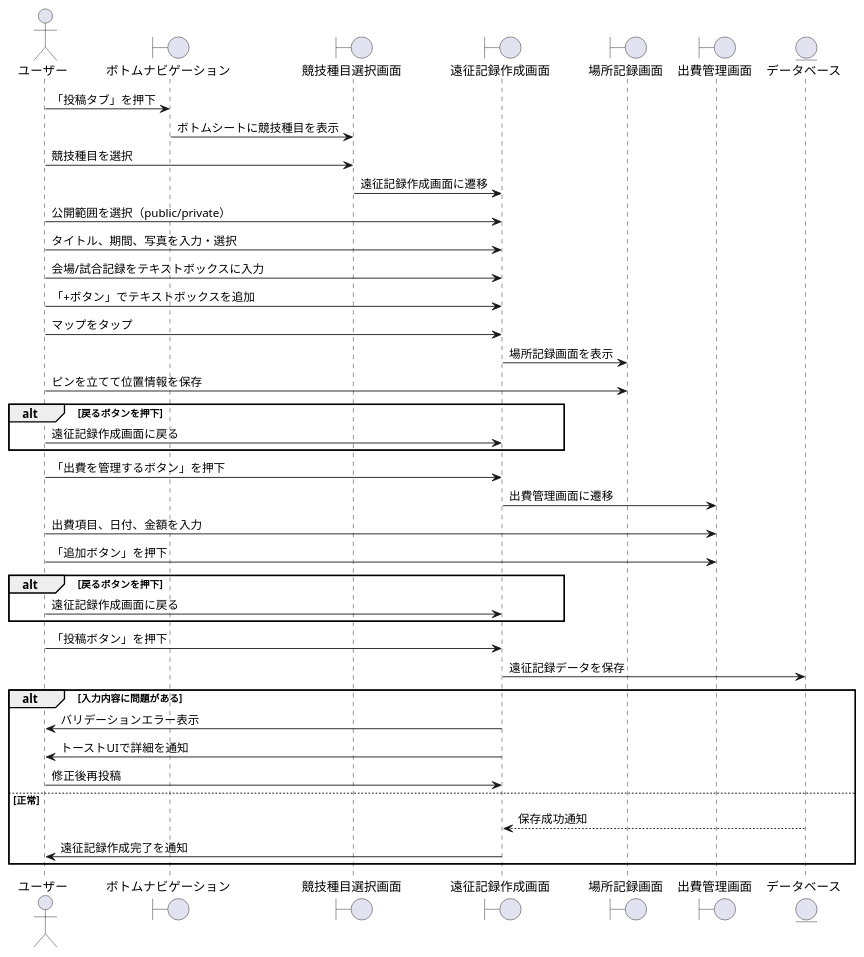
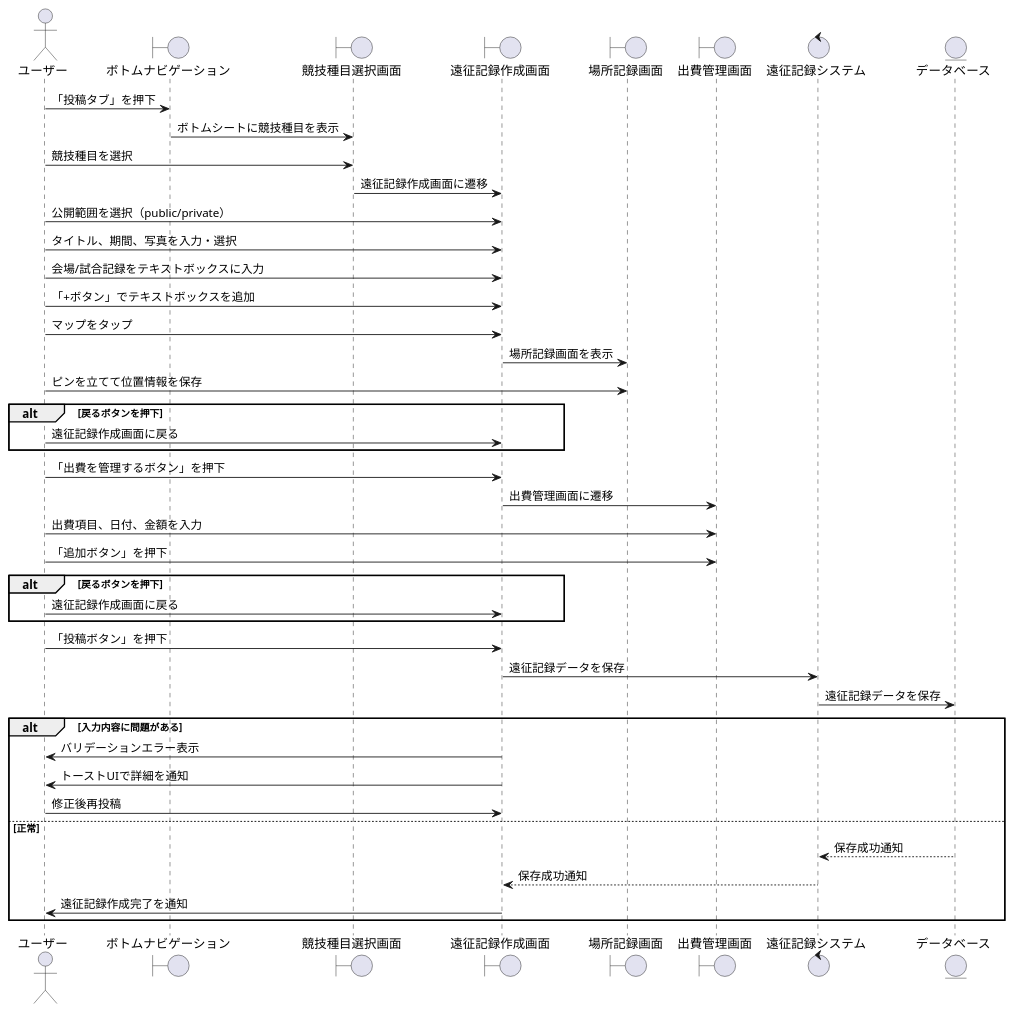
The diagram in シーケンス図/遠征記録/作成.pu (shoken3207/sotsuken), drawn with PlantUML before and after one commit. The commit also changed 7 other files, not shown here.

```diff
--- a/シーケンス図/遠征記録/作成.pu
+++ b/シーケンス図/遠征記録/作成.pu
@@ -1,46 +1,49 @@
 @startuml
 actor ユーザー as User
 boundary "ボトムナビゲーション" as BottomNav
 boundary "競技種目選択画面" as SportSelection
 boundary "遠征記録作成画面" as RecordCreation
 boundary "場所記録画面" as LocationRecord
 boundary "出費管理画面" as ExpenseManagement
+control "遠征記録システム" as System
 entity "データベース" as DB
 
 User -> BottomNav: 「投稿タブ」を押下
 BottomNav -> SportSelection: ボトムシートに競技種目を表示
 User -> SportSelection: 競技種目を選択
 SportSelection -> RecordCreation: 遠征記録作成画面に遷移
 
 User -> RecordCreation: 公開範囲を選択（public/private）
 User -> RecordCreation: タイトル、期間、写真を入力・選択
 User -> RecordCreation: 会場/試合記録をテキストボックスに入力
 User -> RecordCreation: 「+ボタン」でテキストボックスを追加
 
 User -> RecordCreation: マップをタップ
 RecordCreation -> LocationRecord: 場所記録画面を表示
 User -> LocationRecord: ピンを立てて位置情報を保存
 alt 戻るボタンを押下
     User -> RecordCreation: 遠征記録作成画面に戻る
 end
 
 User -> RecordCreation: 「出費を管理するボタン」を押下
 RecordCreation -> ExpenseManagement: 出費管理画面に遷移
 User -> ExpenseManagement: 出費項目、日付、金額を入力
 User -> ExpenseManagement: 「追加ボタン」を押下
 alt 戻るボタンを押下
     User -> RecordCreation: 遠征記録作成画面に戻る
 end
 
 User -> RecordCreation: 「投稿ボタン」を押下
-RecordCreation -> DB: 遠征記録データを保存
+RecordCreation -> System: 遠征記録データを保存
+System -> DB: 遠征記録データを保存
 alt 入力内容に問題がある
     RecordCreation -> User: バリデーションエラー表示
     RecordCreation -> User: トーストUIで詳細を通知
     User -> RecordCreation: 修正後再投稿
 else 正常
-    DB --> RecordCreation: 保存成功通知
+    DB --> System: 保存成功通知
+    System --> RecordCreation: 保存成功通知
     RecordCreation -> User: 遠征記録作成完了を通知
 end
 
 @enduml
```
